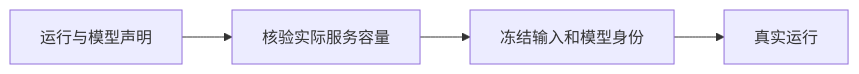
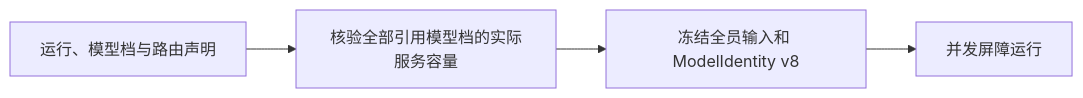
Before and after one commit to HoldThatThgt/WorldMock: the diagram in docs/manual/runtime.md, drawn with Mermaid. The commit also changed other lines of this file and 19 other files, not shown here.

````diff
--- a/docs/manual/runtime.md
+++ b/docs/manual/runtime.md
@@ -46,6 +46,6 @@
 ```mermaid
 flowchart LR
-    Config[运行与模型声明] --> Metadata[核验实际服务容量]
-    Metadata --> Identity[冻结输入和模型身份]
-    Identity --> Run[真实运行]
+    Config["运行、模型档与路由声明"] --> Metadata["核验全部引用模型档的实际服务容量"]
+    Metadata --> Identity["冻结全员输入和 ModelIdentity v8"]
+    Identity --> Run["并发屏障运行"]
 ```
````
